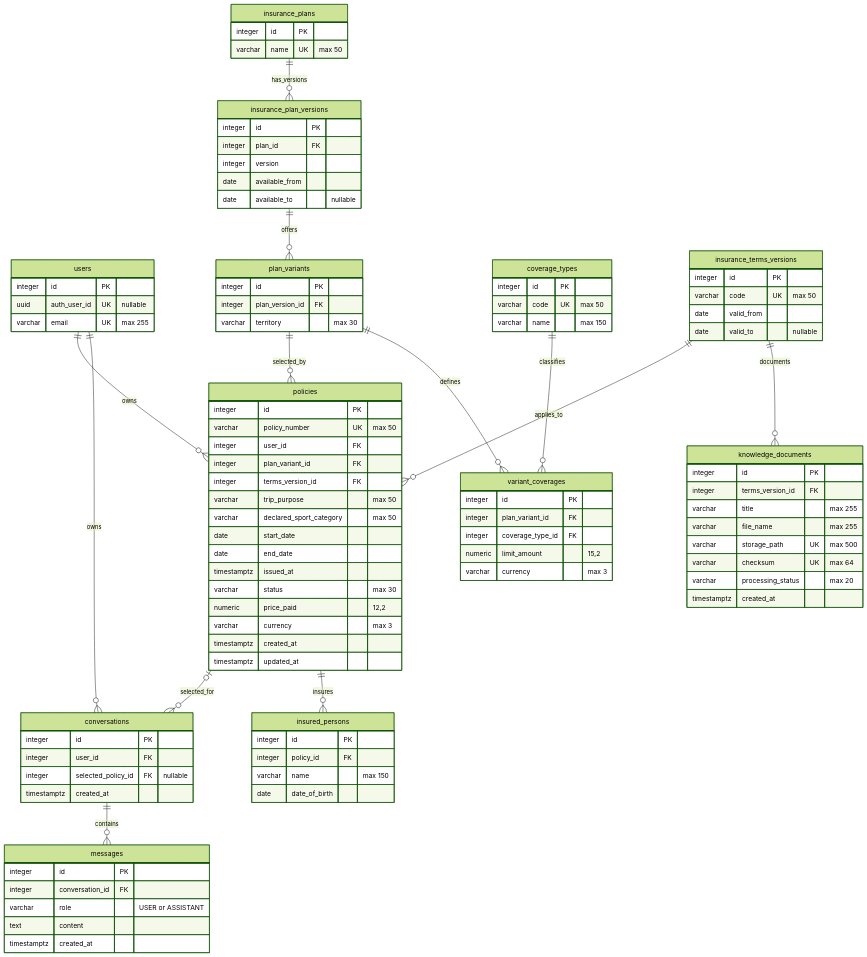
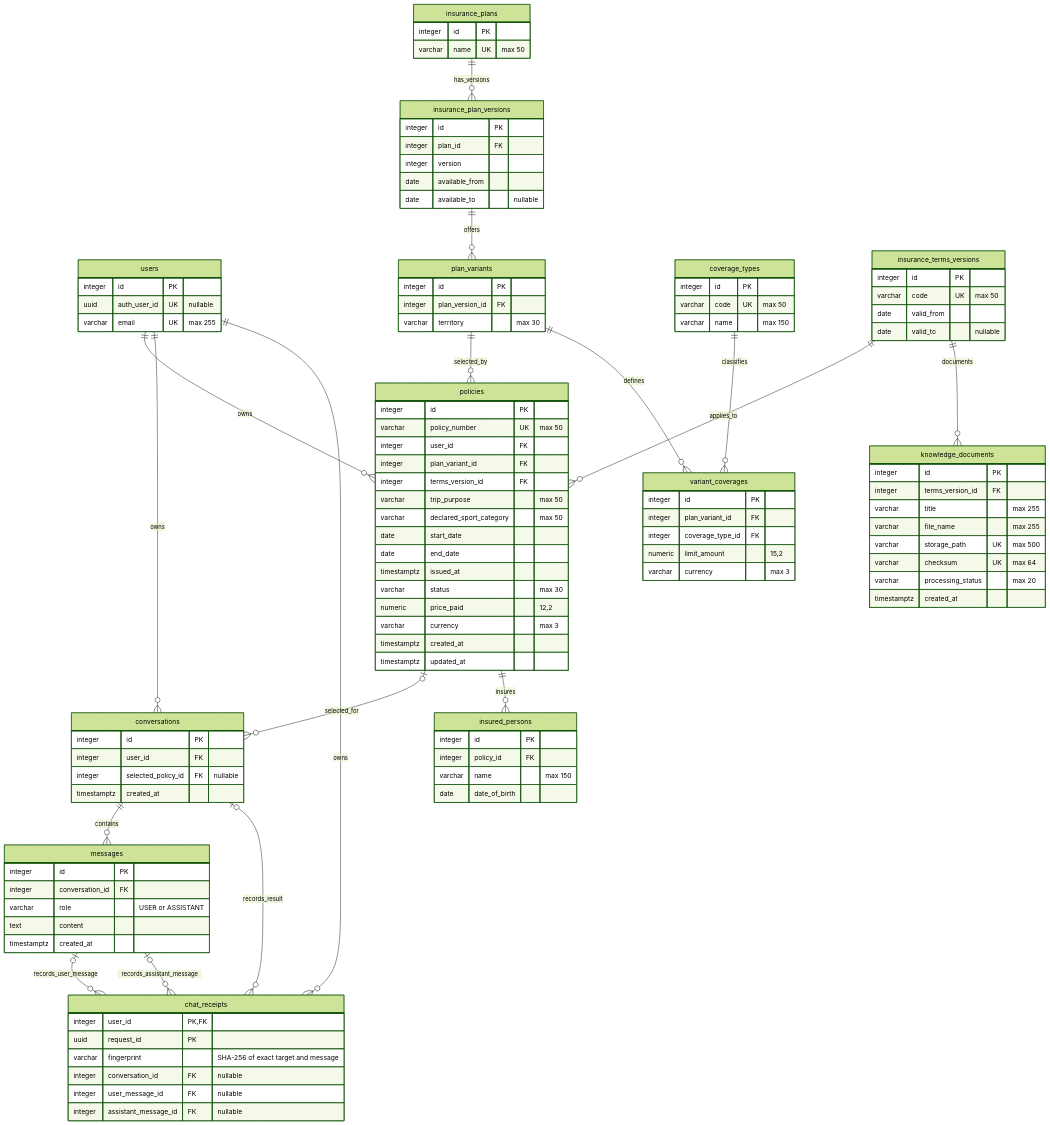
Before and after one commit to ubungmeister/travel-insurance-ai-advisor: the diagram in docs/current-database-erd.md, drawn with Mermaid (forest theme). The commit also changed other lines of this file and 46 other files, not shown here.

```diff
--- a/docs/current-database-erd.md
+++ b/docs/current-database-erd.md
@@ -8,6 +8,10 @@
     users ||--o{ conversations : owns
     policies |o--o{ conversations : selected_for
     conversations ||--o{ messages : contains
+    users ||--o{ chat_receipts : owns
+    conversations |o--o{ chat_receipts : records_result
+    messages |o--o{ chat_receipts : records_user_message
+    messages |o--o{ chat_receipts : records_assistant_message
     policies ||--o{ insured_persons : insures
     insurance_plans ||--o{ insurance_plan_versions : has_versions
     insurance_plan_versions ||--o{ plan_variants : offers
@@ -36,6 +40,15 @@
         varchar role "USER or ASSISTANT"
         text content
         timestamptz created_at
+    }
+
+    chat_receipts {
+        integer user_id PK, FK
+        uuid request_id PK
+        varchar fingerprint "SHA-256 of exact target and message"
+        integer conversation_id FK "nullable"
+        integer user_message_id FK "nullable"
+        integer assistant_message_id FK "nullable"
     }
 
     policies {
```
